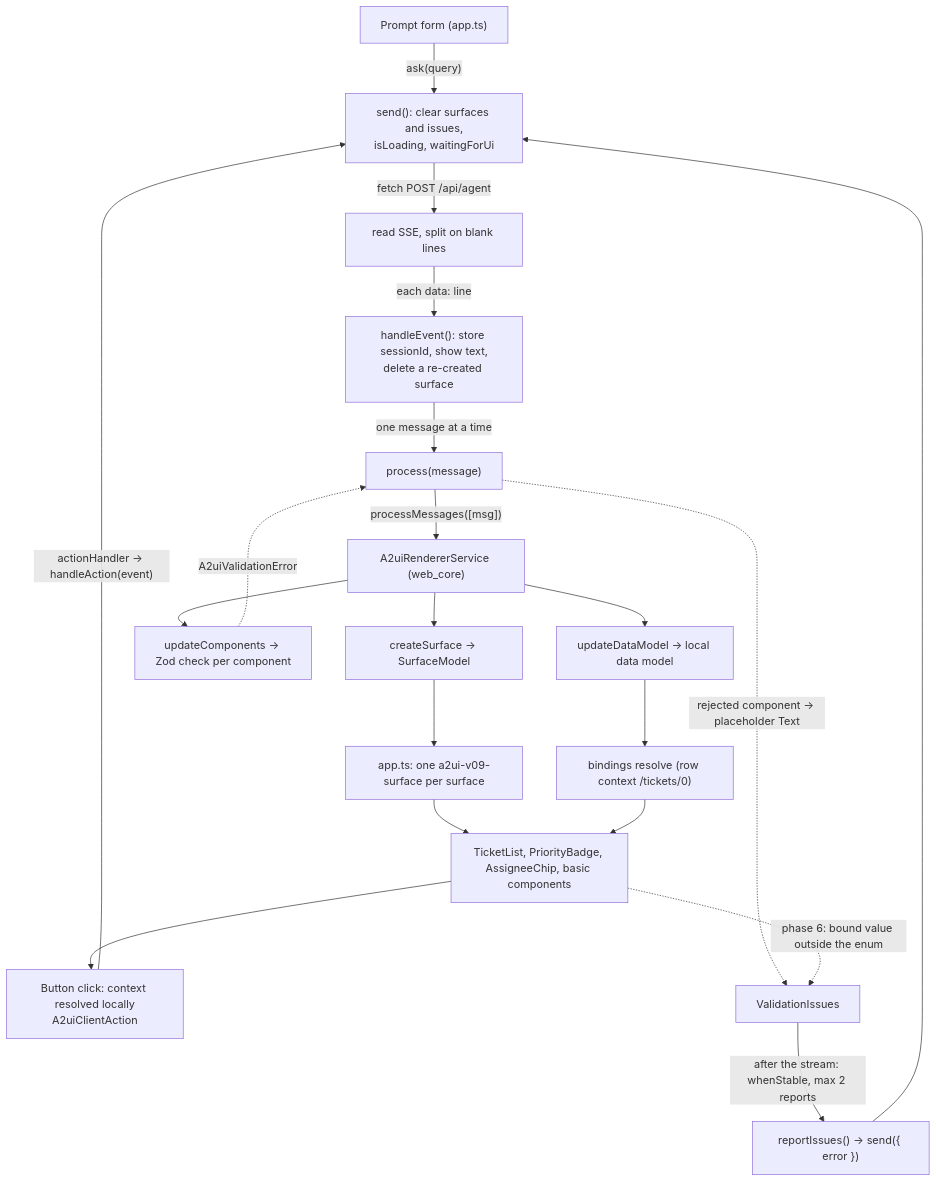
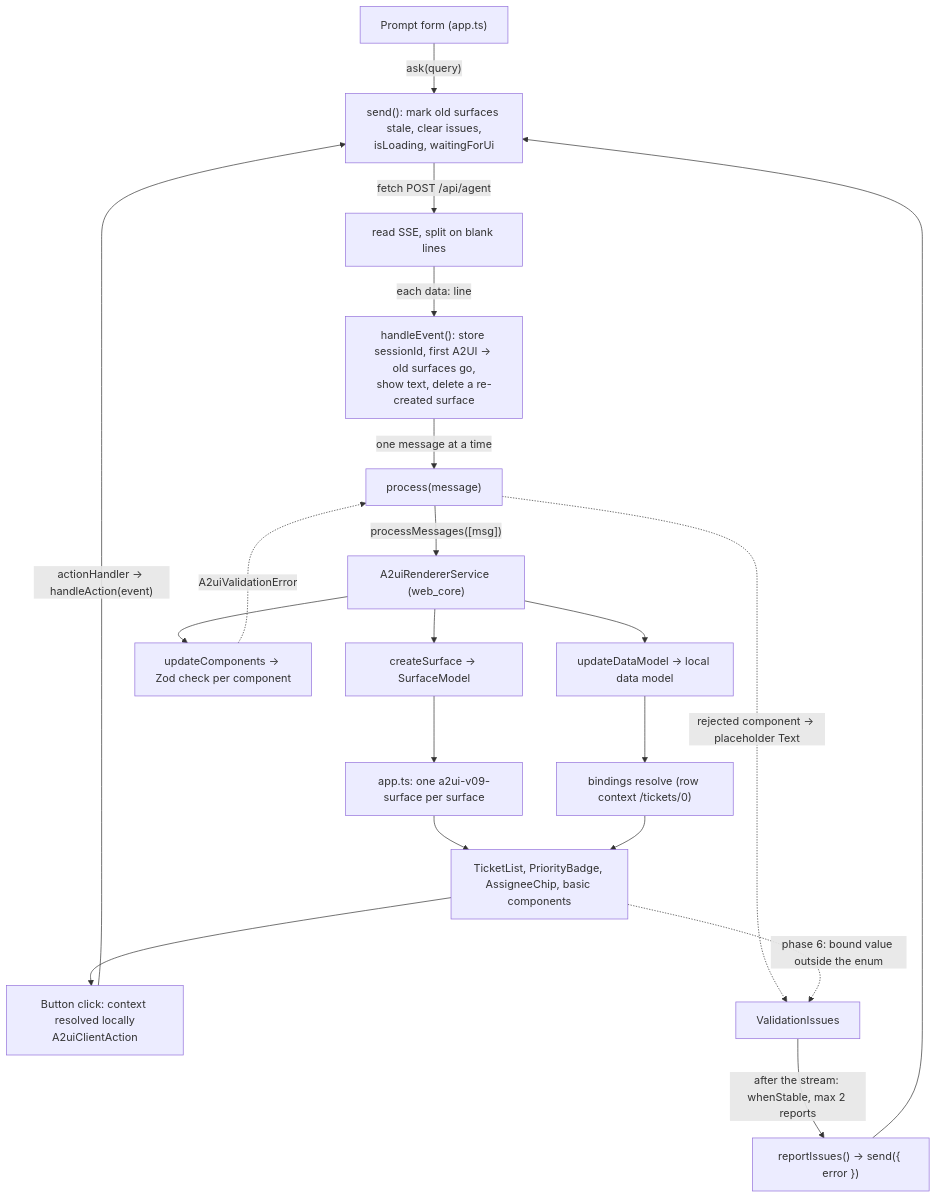
Before and after one commit to giorgiogalassi/talk-a2ui: the second of 3 diagrams in demo/docs/data-flow/README.md, drawn with Mermaid. The commit also changed other lines of this file and 3 other files, not shown here.

First line of the commit message:
docs: data-flow map matches main after #14 (#16)

````diff
--- a/demo/docs/data-flow/README.md
+++ b/demo/docs/data-flow/README.md
@@ -69,22 +70,22 @@
 ```mermaid
 flowchart TD
   P["Prompt form (app.ts)"] -->|"ask(query)"| SEND
   ACT["Button click: context resolved locally<br/>A2uiClientAction"] -->|"actionHandler → handleAction(event)"| SEND
-  SEND["send(): clear surfaces and issues,<br/>isLoading, waitingForUi"] -->|"fetch POST /api/agent"| SSE
+  SEND["send(): mark old surfaces stale, clear issues,<br/>isLoading, waitingForUi"] -->|"fetch POST /api/agent"| SSE
   SSE["read SSE, split on blank lines"] -->|"each data: line"| HE
-  HE["handleEvent(): store sessionId, show text,<br/>delete a re-created surface"] -->|"one message at a time"| PROC
+  HE["handleEvent(): store sessionId, first A2UI → old surfaces go,<br/>show text, delete a re-created surface"] -->|"one message at a time"| PROC
   PROC["process(message)"] -->|"processMessages([msg])"| R
   R["A2uiRendererService (web_core)"] --> CS["createSurface → SurfaceModel"]
   R --> UC["updateComponents → Zod check per component"]
   R --> DM["updateDataModel → local data model"]
   UC -.->|"A2uiValidationError"| PROC
   PROC -.->|"rejected component → placeholder Text"| ISS
   CS --> SURF["app.ts: one a2ui-v09-surface per surface"]
   DM --> BIND["bindings resolve (row context /tickets/0)"]
   SURF --> CMP["TicketList, PriorityBadge, AssigneeChip, basic components"]
   BIND --> CMP
   CMP -.->|"phase 6: bound value outside the enum"| ISS["ValidationIssues"]
   CMP --> ACT
   ISS -->|"after the stream: whenStable, max 2 reports"| REP["reportIssues() → send({ error })"]
   REP --> SEND
 ```
````
